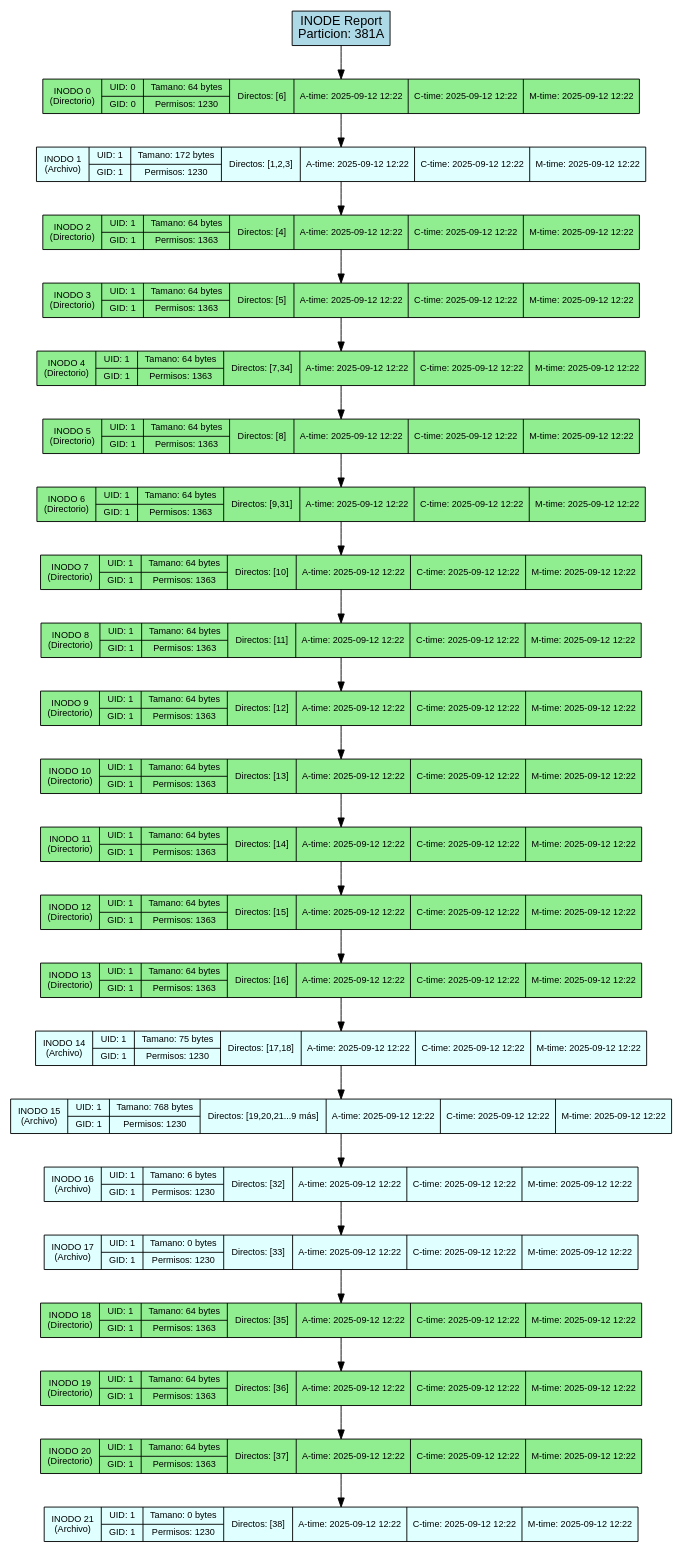
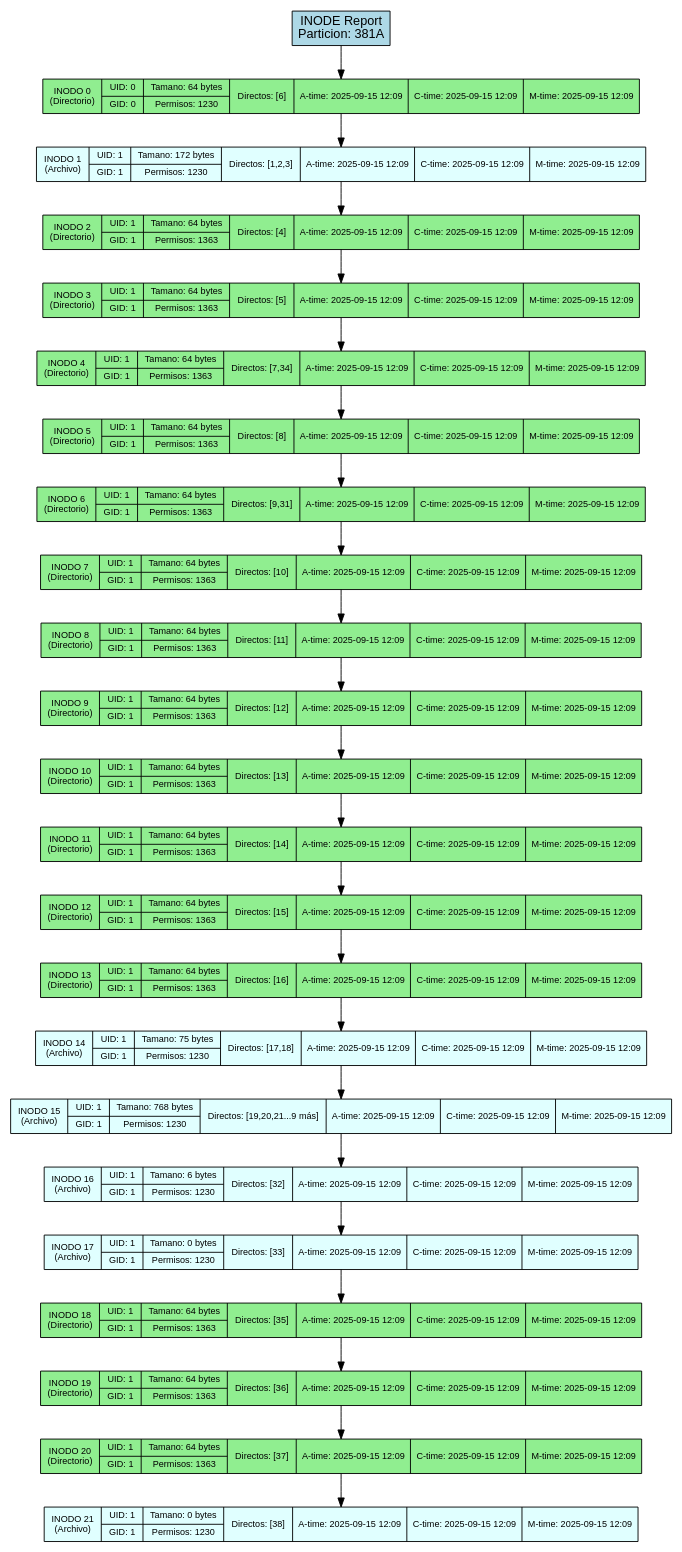
Before and after one commit to DiegVas/MIA_2S2025_P1_202300638: the diagram in backend/provider/reports/src/inode_381A.dot, drawn with Graphviz. The commit also changed 34 other files, not shown here.

```diff
--- a/backend/provider/reports/src/inode_381A.dot
+++ b/backend/provider/reports/src/inode_381A.dot
@@ -1,56 +1,56 @@
 digraph Inode_Report {
     rankdir=TB;
     node [shape=record, style=filled];
     graph [fontname="Arial", fontsize=12];
     node [fontname="Arial", fontsize=10];
     edge [fontname="Arial"];
 
     title [label="INODE Report\nParticion: 381A", fillcolor=lightblue, fontsize=14];
 
-    inode_0 [label="INODO 0\n(Directorio)|{UID: 0 | GID: 0}|{Tamano: 64 bytes | Permisos: 1230}|{Directos: [6]}|{A-time: 2025-09-12 12:22}|{C-time: 2025-09-12 12:22}|{M-time: 2025-09-12 12:22}", fillcolor=lightgreen];
-    inode_1 [label="INODO 1\n(Archivo)|{UID: 1 | GID: 1}|{Tamano: 172 bytes | Permisos: 1230}|{Directos: [1,2,3]}|{A-time: 2025-09-12 12:22}|{C-time: 2025-09-12 12:22}|{M-time: 2025-09-12 12:22}", fillcolor=lightcyan];
-    inode_2 [label="INODO 2\n(Directorio)|{UID: 1 | GID: 1}|{Tamano: 64 bytes | Permisos: 1363}|{Directos: [4]}|{A-time: 2025-09-12 12:22}|{C-time: 2025-09-12 12:22}|{M-time: 2025-09-12 12:22}", fillcolor=lightgreen];
-    inode_3 [label="INODO 3\n(Directorio)|{UID: 1 | GID: 1}|{Tamano: 64 bytes | Permisos: 1363}|{Directos: [5]}|{A-time: 2025-09-12 12:22}|{C-time: 2025-09-12 12:22}|{M-time: 2025-09-12 12:22}", fillcolor=lightgreen];
-    inode_4 [label="INODO 4\n(Directorio)|{UID: 1 | GID: 1}|{Tamano: 64 bytes | Permisos: 1363}|{Directos: [7,34]}|{A-time: 2025-09-12 12:22}|{C-time: 2025-09-12 12:22}|{M-time: 2025-09-12 12:22}", fillcolor=lightgreen];
-    inode_5 [label="INODO 5\n(Directorio)|{UID: 1 | GID: 1}|{Tamano: 64 bytes | Permisos: 1363}|{Directos: [8]}|{A-time: 2025-09-12 12:22}|{C-time: 2025-09-12 12:22}|{M-time: 2025-09-12 12:22}", fillcolor=lightgreen];
-    inode_6 [label="INODO 6\n(Directorio)|{UID: 1 | GID: 1}|{Tamano: 64 bytes | Permisos: 1363}|{Directos: [9,31]}|{A-time: 2025-09-12 12:22}|{C-time: 2025-09-12 12:22}|{M-time: 2025-09-12 12:22}", fillcolor=lightgreen];
-    inode_7 [label="INODO 7\n(Directorio)|{UID: 1 | GID: 1}|{Tamano: 64 bytes | Permisos: 1363}|{Directos: [10]}|{A-time: 2025-09-12 12:22}|{C-time: 2025-09-12 12:22}|{M-time: 2025-09-12 12:22}", fillcolor=lightgreen];
-    inode_8 [label="INODO 8\n(Directorio)|{UID: 1 | GID: 1}|{Tamano: 64 bytes | Permisos: 1363}|{Directos: [11]}|{A-time: 2025-09-12 12:22}|{C-time: 2025-09-12 12:22}|{M-time: 2025-09-12 12:22}", fillcolor=lightgreen];
-    inode_9 [label="INODO 9\n(Directorio)|{UID: 1 | GID: 1}|{Tamano: 64 bytes | Permisos: 1363}|{Directos: [12]}|{A-time: 2025-09-12 12:22}|{C-time: 2025-09-12 12:22}|{M-time: 2025-09-12 12:22}", fillcolor=lightgreen];
-    inode_10 [label="INODO 10\n(Directorio)|{UID: 1 | GID: 1}|{Tamano: 64 bytes | Permisos: 1363}|{Directos: [13]}|{A-time: 2025-09-12 12:22}|{C-time: 2025-09-12 12:22}|{M-time: 2025-09-12 12:22}", fillcolor=lightgreen];
-    inode_11 [label="INODO 11\n(Directorio)|{UID: 1 | GID: 1}|{Tamano: 64 bytes | Permisos: 1363}|{Directos: [14]}|{A-time: 2025-09-12 12:22}|{C-time: 2025-09-12 12:22}|{M-time: 2025-09-12 12:22}", fillcolor=lightgreen];
-    inode_12 [label="INODO 12\n(Directorio)|{UID: 1 | GID: 1}|{Tamano: 64 bytes | Permisos: 1363}|{Directos: [15]}|{A-time: 2025-09-12 12:22}|{C-time: 2025-09-12 12:22}|{M-time: 2025-09-12 12:22}", fillcolor=lightgreen];
-    inode_13 [label="INODO 13\n(Directorio)|{UID: 1 | GID: 1}|{Tamano: 64 bytes | Permisos: 1363}|{Directos: [16]}|{A-time: 2025-09-12 12:22}|{C-time: 2025-09-12 12:22}|{M-time: 2025-09-12 12:22}", fillcolor=lightgreen];
-    inode_14 [label="INODO 14\n(Archivo)|{UID: 1 | GID: 1}|{Tamano: 75 bytes | Permisos: 1230}|{Directos: [17,18]}|{A-time: 2025-09-12 12:22}|{C-time: 2025-09-12 12:22}|{M-time: 2025-09-12 12:22}", fillcolor=lightcyan];
-    inode_15 [label="INODO 15\n(Archivo)|{UID: 1 | GID: 1}|{Tamano: 768 bytes | Permisos: 1230}|{Directos: [19,20,21...9 más]}|{A-time: 2025-09-12 12:22}|{C-time: 2025-09-12 12:22}|{M-time: 2025-09-12 12:22}", fillcolor=lightcyan];
-    inode_16 [label="INODO 16\n(Archivo)|{UID: 1 | GID: 1}|{Tamano: 6 bytes | Permisos: 1230}|{Directos: [32]}|{A-time: 2025-09-12 12:22}|{C-time: 2025-09-12 12:22}|{M-time: 2025-09-12 12:22}", fillcolor=lightcyan];
-    inode_17 [label="INODO 17\n(Archivo)|{UID: 1 | GID: 1}|{Tamano: 0 bytes | Permisos: 1230}|{Directos: [33]}|{A-time: 2025-09-12 12:22}|{C-time: 2025-09-12 12:22}|{M-time: 2025-09-12 12:22}", fillcolor=lightcyan];
-    inode_18 [label="INODO 18\n(Directorio)|{UID: 1 | GID: 1}|{Tamano: 64 bytes | Permisos: 1363}|{Directos: [35]}|{A-time: 2025-09-12 12:22}|{C-time: 2025-09-12 12:22}|{M-time: 2025-09-12 12:22}", fillcolor=lightgreen];
-    inode_19 [label="INODO 19\n(Directorio)|{UID: 1 | GID: 1}|{Tamano: 64 bytes | Permisos: 1363}|{Directos: [36]}|{A-time: 2025-09-12 12:22}|{C-time: 2025-09-12 12:22}|{M-time: 2025-09-12 12:22}", fillcolor=lightgreen];
-    inode_20 [label="INODO 20\n(Directorio)|{UID: 1 | GID: 1}|{Tamano: 64 bytes | Permisos: 1363}|{Directos: [37]}|{A-time: 2025-09-12 12:22}|{C-time: 2025-09-12 12:22}|{M-time: 2025-09-12 12:22}", fillcolor=lightgreen];
-    inode_21 [label="INODO 21\n(Archivo)|{UID: 1 | GID: 1}|{Tamano: 0 bytes | Permisos: 1230}|{Directos: [38]}|{A-time: 2025-09-12 12:22}|{C-time: 2025-09-12 12:22}|{M-time: 2025-09-12 12:22}", fillcolor=lightcyan];
+    inode_0 [label="INODO 0\n(Directorio)|{UID: 0 | GID: 0}|{Tamano: 64 bytes | Permisos: 1230}|{Directos: [6]}|{A-time: 2025-09-15 12:09}|{C-time: 2025-09-15 12:09}|{M-time: 2025-09-15 12:09}", fillcolor=lightgreen];
+    inode_1 [label="INODO 1\n(Archivo)|{UID: 1 | GID: 1}|{Tamano: 172 bytes | Permisos: 1230}|{Directos: [1,2,3]}|{A-time: 2025-09-15 12:09}|{C-time: 2025-09-15 12:09}|{M-time: 2025-09-15 12:09}", fillcolor=lightcyan];
+    inode_2 [label="INODO 2\n(Directorio)|{UID: 1 | GID: 1}|{Tamano: 64 bytes | Permisos: 1363}|{Directos: [4]}|{A-time: 2025-09-15 12:09}|{C-time: 2025-09-15 12:09}|{M-time: 2025-09-15 12:09}", fillcolor=lightgreen];
+    inode_3 [label="INODO 3\n(Directorio)|{UID: 1 | GID: 1}|{Tamano: 64 bytes | Permisos: 1363}|{Directos: [5]}|{A-time: 2025-09-15 12:09}|{C-time: 2025-09-15 12:09}|{M-time: 2025-09-15 12:09}", fillcolor=lightgreen];
+    inode_4 [label="INODO 4\n(Directorio)|{UID: 1 | GID: 1}|{Tamano: 64 bytes | Permisos: 1363}|{Directos: [7,34]}|{A-time: 2025-09-15 12:09}|{C-time: 2025-09-15 12:09}|{M-time: 2025-09-15 12:09}", fillcolor=lightgreen];
+    inode_5 [label="INODO 5\n(Directorio)|{UID: 1 | GID: 1}|{Tamano: 64 bytes | Permisos: 1363}|{Directos: [8]}|{A-time: 2025-09-15 12:09}|{C-time: 2025-09-15 12:09}|{M-time: 2025-09-15 12:09}", fillcolor=lightgreen];
+    inode_6 [label="INODO 6\n(Directorio)|{UID: 1 | GID: 1}|{Tamano: 64 bytes | Permisos: 1363}|{Directos: [9,31]}|{A-time: 2025-09-15 12:09}|{C-time: 2025-09-15 12:09}|{M-time: 2025-09-15 12:09}", fillcolor=lightgreen];
+    inode_7 [label="INODO 7\n(Directorio)|{UID: 1 | GID: 1}|{Tamano: 64 bytes | Permisos: 1363}|{Directos: [10]}|{A-time: 2025-09-15 12:09}|{C-time: 2025-09-15 12:09}|{M-time: 2025-09-15 12:09}", fillcolor=lightgreen];
+    inode_8 [label="INODO 8\n(Directorio)|{UID: 1 | GID: 1}|{Tamano: 64 bytes | Permisos: 1363}|{Directos: [11]}|{A-time: 2025-09-15 12:09}|{C-time: 2025-09-15 12:09}|{M-time: 2025-09-15 12:09}", fillcolor=lightgreen];
+    inode_9 [label="INODO 9\n(Directorio)|{UID: 1 | GID: 1}|{Tamano: 64 bytes | Permisos: 1363}|{Directos: [12]}|{A-time: 2025-09-15 12:09}|{C-time: 2025-09-15 12:09}|{M-time: 2025-09-15 12:09}", fillcolor=lightgreen];
+    inode_10 [label="INODO 10\n(Directorio)|{UID: 1 | GID: 1}|{Tamano: 64 bytes | Permisos: 1363}|{Directos: [13]}|{A-time: 2025-09-15 12:09}|{C-time: 2025-09-15 12:09}|{M-time: 2025-09-15 12:09}", fillcolor=lightgreen];
+    inode_11 [label="INODO 11\n(Directorio)|{UID: 1 | GID: 1}|{Tamano: 64 bytes | Permisos: 1363}|{Directos: [14]}|{A-time: 2025-09-15 12:09}|{C-time: 2025-09-15 12:09}|{M-time: 2025-09-15 12:09}", fillcolor=lightgreen];
+    inode_12 [label="INODO 12\n(Directorio)|{UID: 1 | GID: 1}|{Tamano: 64 bytes | Permisos: 1363}|{Directos: [15]}|{A-time: 2025-09-15 12:09}|{C-time: 2025-09-15 12:09}|{M-time: 2025-09-15 12:09}", fillcolor=lightgreen];
+    inode_13 [label="INODO 13\n(Directorio)|{UID: 1 | GID: 1}|{Tamano: 64 bytes | Permisos: 1363}|{Directos: [16]}|{A-time: 2025-09-15 12:09}|{C-time: 2025-09-15 12:09}|{M-time: 2025-09-15 12:09}", fillcolor=lightgreen];
+    inode_14 [label="INODO 14\n(Archivo)|{UID: 1 | GID: 1}|{Tamano: 75 bytes | Permisos: 1230}|{Directos: [17,18]}|{A-time: 2025-09-15 12:09}|{C-time: 2025-09-15 12:09}|{M-time: 2025-09-15 12:09}", fillcolor=lightcyan];
+    inode_15 [label="INODO 15\n(Archivo)|{UID: 1 | GID: 1}|{Tamano: 768 bytes | Permisos: 1230}|{Directos: [19,20,21...9 más]}|{A-time: 2025-09-15 12:09}|{C-time: 2025-09-15 12:09}|{M-time: 2025-09-15 12:09}", fillcolor=lightcyan];
+    inode_16 [label="INODO 16\n(Archivo)|{UID: 1 | GID: 1}|{Tamano: 6 bytes | Permisos: 1230}|{Directos: [32]}|{A-time: 2025-09-15 12:09}|{C-time: 2025-09-15 12:09}|{M-time: 2025-09-15 12:09}", fillcolor=lightcyan];
+    inode_17 [label="INODO 17\n(Archivo)|{UID: 1 | GID: 1}|{Tamano: 0 bytes | Permisos: 1230}|{Directos: [33]}|{A-time: 2025-09-15 12:09}|{C-time: 2025-09-15 12:09}|{M-time: 2025-09-15 12:09}", fillcolor=lightcyan];
+    inode_18 [label="INODO 18\n(Directorio)|{UID: 1 | GID: 1}|{Tamano: 64 bytes | Permisos: 1363}|{Directos: [35]}|{A-time: 2025-09-15 12:09}|{C-time: 2025-09-15 12:09}|{M-time: 2025-09-15 12:09}", fillcolor=lightgreen];
+    inode_19 [label="INODO 19\n(Directorio)|{UID: 1 | GID: 1}|{Tamano: 64 bytes | Permisos: 1363}|{Directos: [36]}|{A-time: 2025-09-15 12:09}|{C-time: 2025-09-15 12:09}|{M-time: 2025-09-15 12:09}", fillcolor=lightgreen];
+    inode_20 [label="INODO 20\n(Directorio)|{UID: 1 | GID: 1}|{Tamano: 64 bytes | Permisos: 1363}|{Directos: [37]}|{A-time: 2025-09-15 12:09}|{C-time: 2025-09-15 12:09}|{M-time: 2025-09-15 12:09}", fillcolor=lightgreen];
+    inode_21 [label="INODO 21\n(Archivo)|{UID: 1 | GID: 1}|{Tamano: 0 bytes | Permisos: 1230}|{Directos: [38]}|{A-time: 2025-09-15 12:09}|{C-time: 2025-09-15 12:09}|{M-time: 2025-09-15 12:09}", fillcolor=lightcyan];
 
     // Conexiones de la lista enlazada
     title -> inode_0;
     inode_0 -> inode_1;
     inode_1 -> inode_2;
     inode_2 -> inode_3;
     inode_3 -> inode_4;
     inode_4 -> inode_5;
     inode_5 -> inode_6;
     inode_6 -> inode_7;
     inode_7 -> inode_8;
     inode_8 -> inode_9;
     inode_9 -> inode_10;
     inode_10 -> inode_11;
     inode_11 -> inode_12;
     inode_12 -> inode_13;
     inode_13 -> inode_14;
     inode_14 -> inode_15;
     inode_15 -> inode_16;
     inode_16 -> inode_17;
     inode_17 -> inode_18;
     inode_18 -> inode_19;
     inode_19 -> inode_20;
     inode_20 -> inode_21;
 }
```
